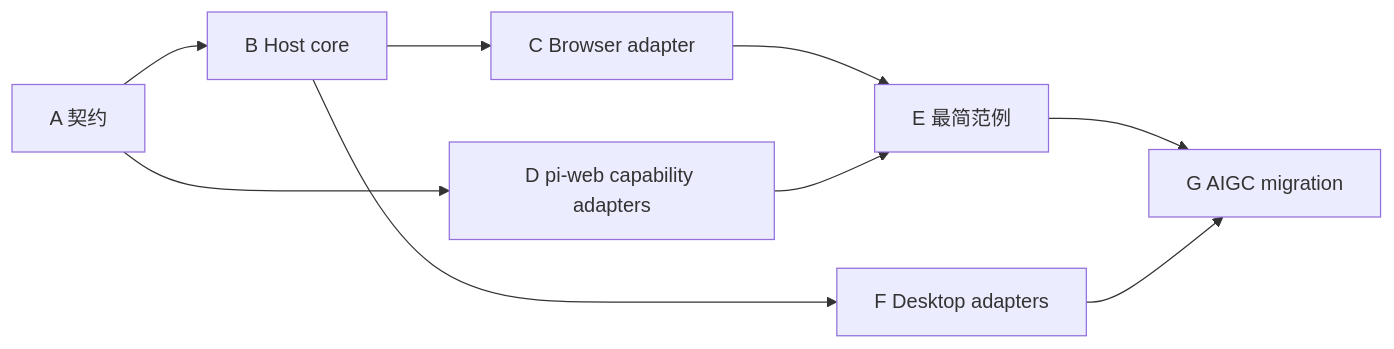
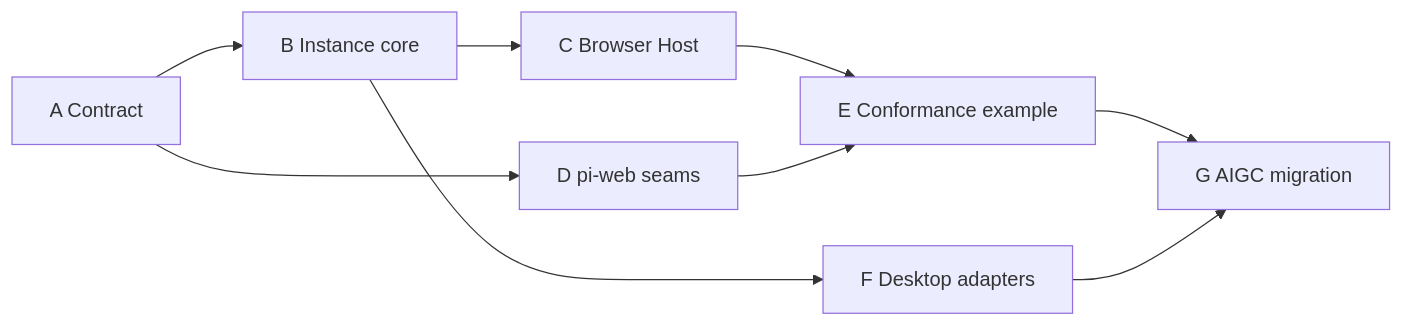
Before and after one commit to blksails/pi-web: the diagram in docs/isolated-panes/parallel-work-plan.md, drawn with Mermaid. The commit also changed other lines of this file and 40 other files, not shown here.

````diff
--- a/docs/isolated-panes/parallel-work-plan.md
+++ b/docs/isolated-panes/parallel-work-plan.md
@@ -17,11 +21,11 @@
 ```mermaid
 flowchart LR
-  A["A 契约"] --> B["B Host core"]
-  B --> C["C Browser adapter"]
+  A["A Contract"] --> B["B Instance core"]
+  A --> D["D pi-web seams"]
+  B --> C["C Browser Host"]
+  C --> E["E Conformance example"]
+  D --> E
   B --> F["F Desktop adapters"]
-  A --> D["D pi-web capability adapters"]
-  C --> E["E 最简范例"]
-  D --> E
   E --> G["G AIGC migration"]
   F --> G
 ```
````
